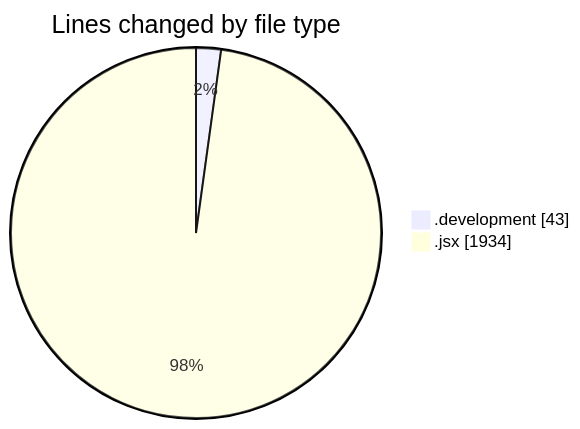
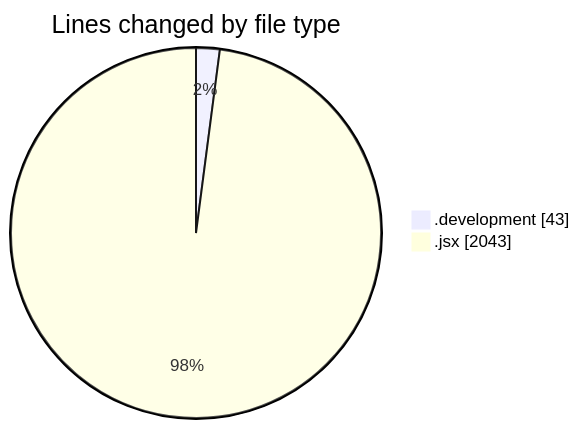
The first of 2 diagrams in 2025-11-11/argos/README.md (nxtqubesakshisongat/code-tracking), drawn with Mermaid before and after one commit. The commit also changed other lines of this file and 1 other file, not shown here.

````diff
--- a/2025-11-11/argos/README.md
+++ b/2025-11-11/argos/README.md
@@ -23,6 +24,6 @@
 ```mermaid
 pie showData
 title Lines changed by file type
 ".development" : 43
-".jsx" : 1934
+".jsx" : 2043
 ```
````
